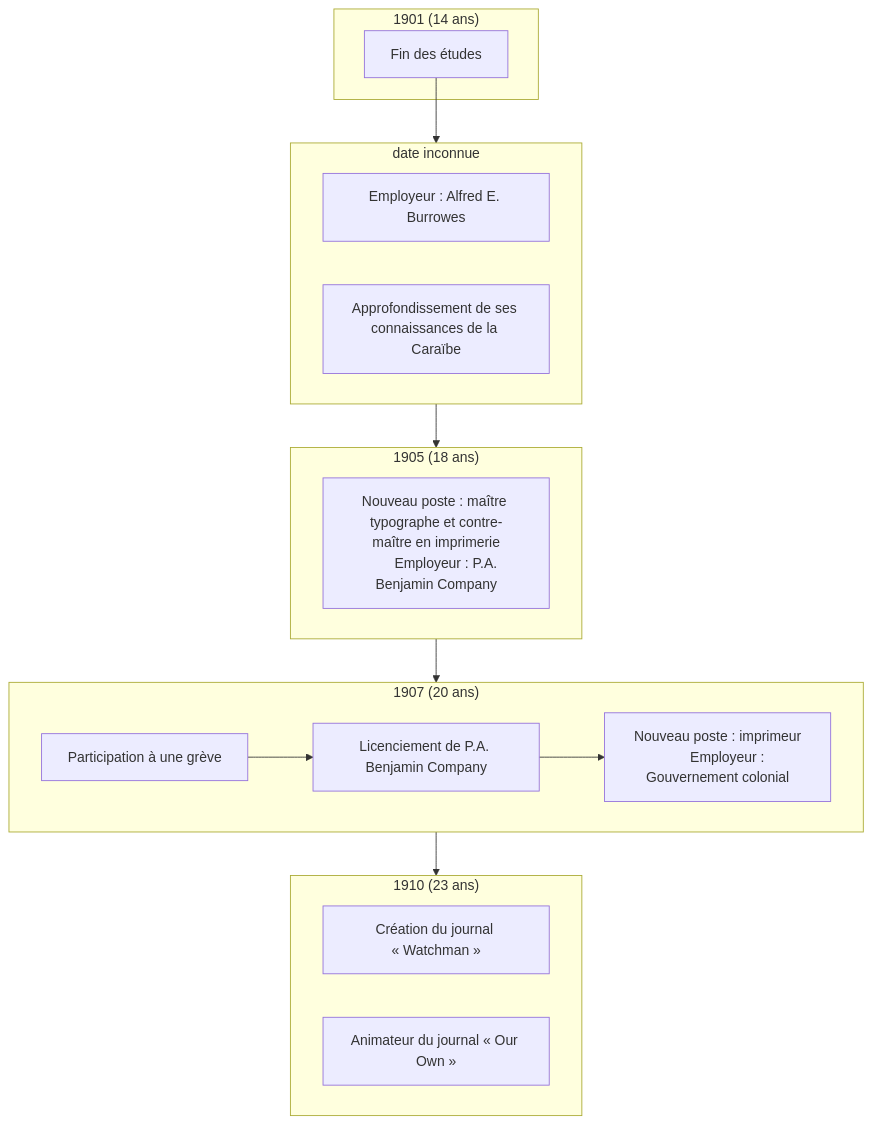
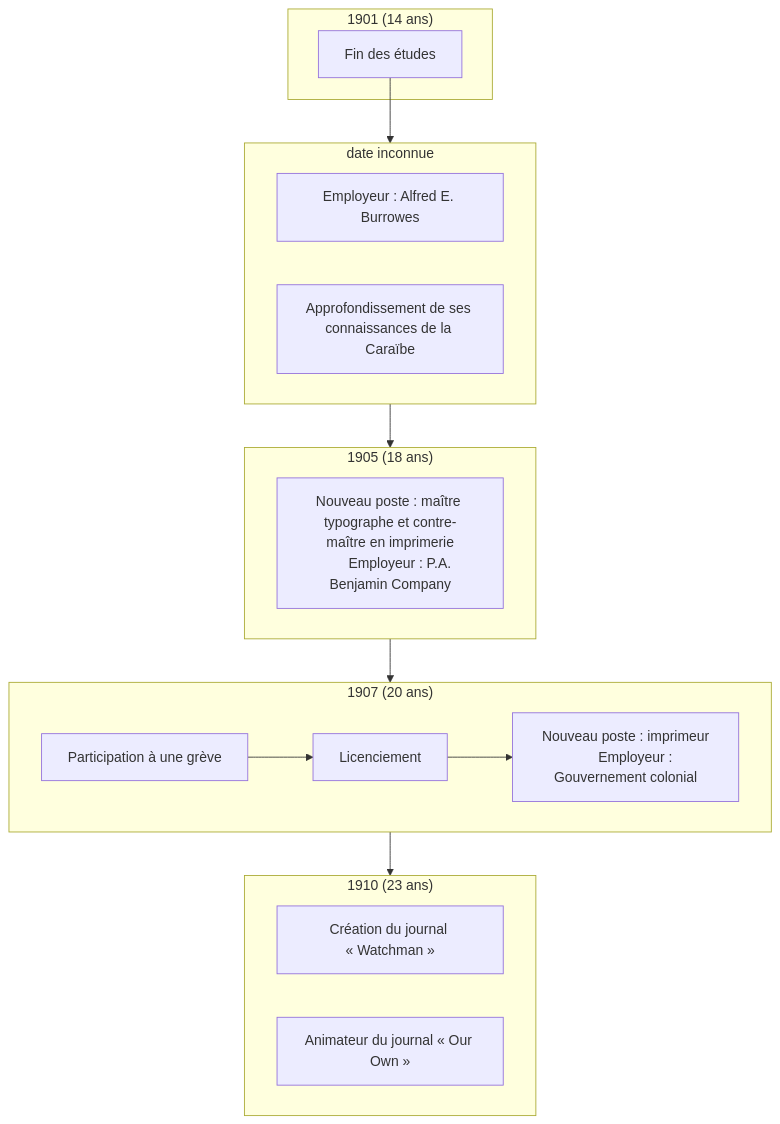
The second of 3 diagrams in en-cours/personnalite/homme/polymathe/caraibes/midi/colonie/xamayca/marcus-gavey.md (ba-moun/Ba-Moun-Save), drawn with Mermaid before and after one commit. The commit also changed other lines of this file, not shown here.

Commit message:
docs: update en-cours/personnalite/homme/polymathe/caraibes/midi/colonie/xamayca/marcus-gavey

````diff
--- a/en-cours/personnalite/homme/polymathe/caraibes/midi/colonie/xamayca/marcus-gavey.md
+++ b/en-cours/personnalite/homme/polymathe/caraibes/midi/colonie/xamayca/marcus-gavey.md
@@ -74,35 +74,35 @@
 ```mermaid
 flowchart TB
 
    subgraph "1901 (14 ans)"
       id0["Fin des études"]
    end
    
    subgraph id2["date inconnue"]
       id1["Employeur : Alfred E. Burrowes"]
       id3["Approfondissement de ses connaissances de la Caraïbe"]
    end
    
    subgraph id4["1905 (18 ans)"]
       id5["Nouveau poste : maître typographe et contre-maître en imprimerie
       Employeur : P.A. Benjamin Company"]
    end
    
    subgraph id7["1907 (20 ans)"]
-      id6["Participation à une grève"] --> id8["Licenciement de P.A. Benjamin Company"]
+      id6["Participation à une grève"] --> id8["Licenciement"]
       id9["Nouveau poste : imprimeur
       Employeur : Gouvernement colonial"]
    end
    
    subgraph id10["1910 (23 ans)"]
       id11["Création du journal « Watchman »"]
       id12["Animateur du journal « Our Own »"]
    end
    
    id0 --> id2
    id2 --> id4
    id4 --> id7
    id8 --> id9
    id7 --> id10
 
 ```
````
